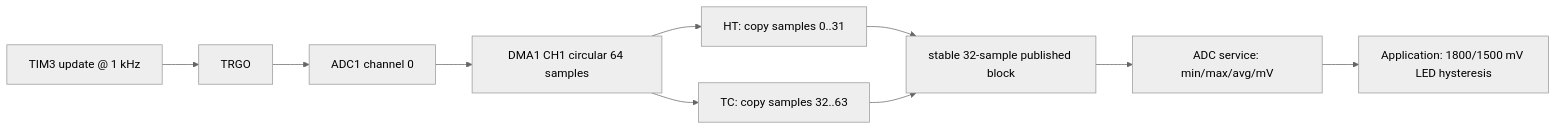
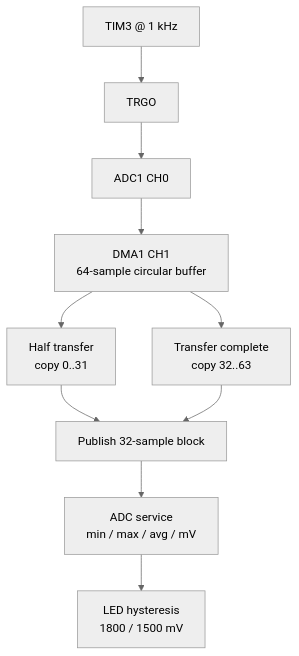
One commit to haikevins/stm32f1-register-level-baremetal changed the diagram in 08-adc-dma/README.md. Above: the diagram before and after it, drawn with Mermaid (neutral theme). The commit also changed 16 other files, not shown here.

````diff
--- a/08-adc-dma/README.md
+++ b/08-adc-dma/README.md
@@ -67,12 +67,12 @@
 ```mermaid
-flowchart LR
-    TIM["TIM3 update @ 1 kHz"] --> TRGO["TRGO"]
-    TRGO --> ADC["ADC1 channel 0"]
-    ADC --> DMA["DMA1 CH1 circular 64 samples"]
-    DMA --> HT["HT: copy samples 0..31"]
-    DMA --> TC["TC: copy samples 32..63"]
-    HT --> PUB["stable 32-sample published block"]
+flowchart TB
+    TIM["TIM3 @ 1 kHz"] --> TRGO["TRGO"]
+    TRGO --> ADC["ADC1 CH0"]
+    ADC --> DMA["DMA1 CH1<br/>64-sample circular buffer"]
+    DMA --> HT["Half transfer<br/>copy 0..31"]
+    DMA --> TC["Transfer complete<br/>copy 32..63"]
+    HT --> PUB["Publish 32-sample block"]
     TC --> PUB
-    PUB --> SVC["ADC service: min/max/avg/mV"]
-    SVC --> APP["Application: 1800/1500 mV LED hysteresis"]
+    PUB --> SVC["ADC service<br/>min / max / avg / mV"]
+    SVC --> APP["LED hysteresis<br/>1800 / 1500 mV"]
 ```
````
